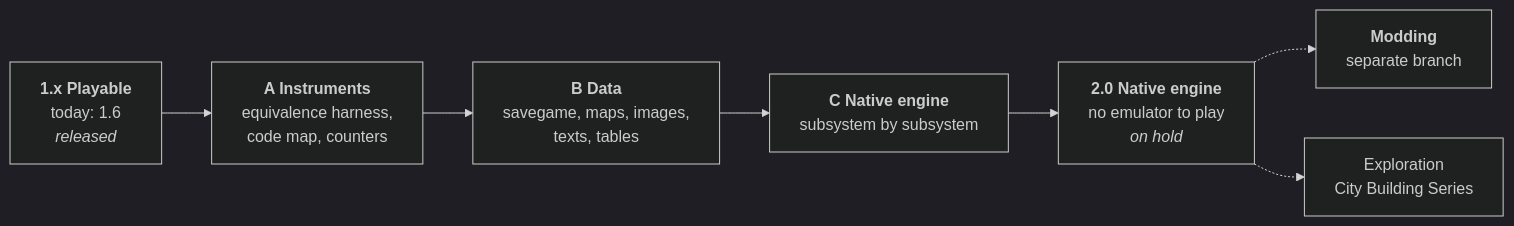
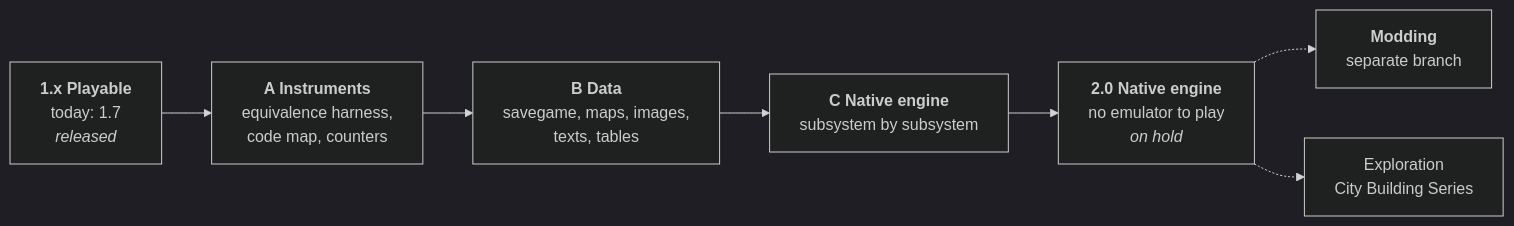
Before and after one commit to nic0lasm/zeus-poseidon-arm64: the diagram in docs/roadmap.md, drawn with Mermaid (dark theme). The commit also changed other lines of this file and 2 other files, not shown here.

````diff
--- a/docs/roadmap.md
+++ b/docs/roadmap.md
@@ -15,9 +15,9 @@
 ```mermaid
 flowchart LR
-    P["<b>1.x Playable</b><br/>today: 1.6<br/><i>released</i>"] --> A["<b>A Instruments</b><br/>equivalence harness,<br/>code map, counters"]
+    P["<b>1.x Playable</b><br/>today: 1.7<br/><i>released</i>"] --> A["<b>A Instruments</b><br/>equivalence harness,<br/>code map, counters"]
     A --> D["<b>B Data</b><br/>savegame, maps, images,<br/>texts, tables"]
     D --> C["<b>C Native engine</b><br/>subsystem by subsystem"]
     C --> N["<b>2.0 Native engine</b><br/>no emulator to play<br/><i>on hold</i>"]
     N -.-> M["<b>Modding</b><br/>separate branch"]
     N -.-> X["Exploration<br/>City Building Series"]
 ```
````
